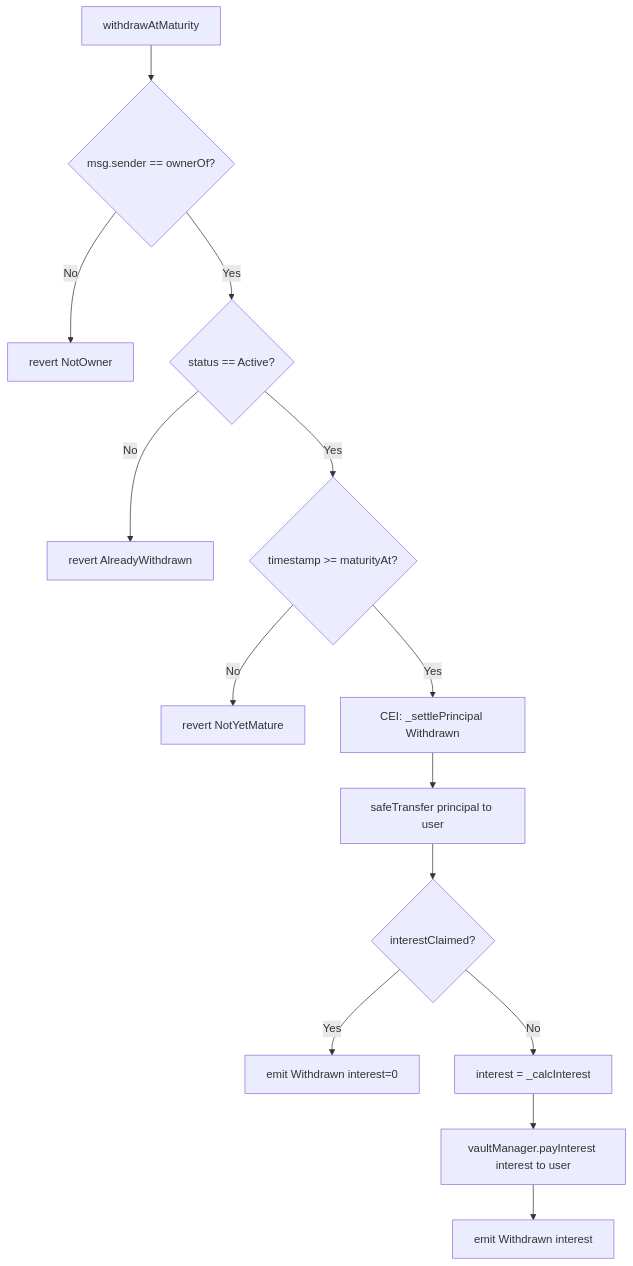
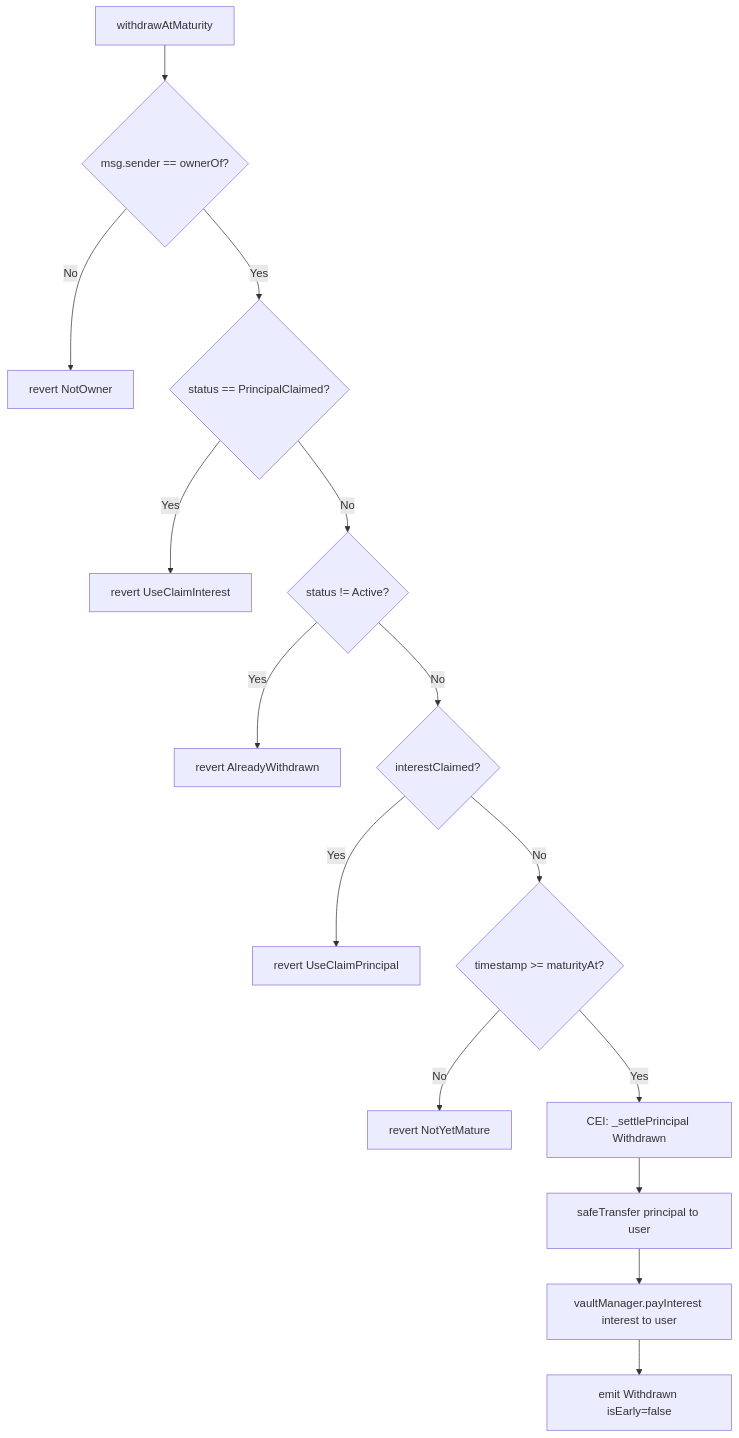
The second of 8 diagrams in docs/Reports/bugs/state-machine-status.md (yang-sin-pal/AC_BlockChain_Online_Saving), drawn with Mermaid before and after one commit. The commit also changed other lines of this file and 7 other files, not shown here.

````diff
--- a/docs/Reports/bugs/state-machine-status.md
+++ b/docs/Reports/bugs/state-machine-status.md
@@ -122,16 +128,17 @@
 ```mermaid
 flowchart TD
     A[withdrawAtMaturity] --> B{msg.sender == ownerOf?}
     B -- No --> R1[revert NotOwner]
-    B -- Yes --> C{status == Active?}
-    C -- No --> R2[revert AlreadyWithdrawn]
-    C -- Yes --> D{timestamp >= maturityAt?}
-    D -- No --> R3[revert NotYetMature]
-    D -- Yes --> E[CEI: _settlePrincipal Withdrawn]
-    E --> F[safeTransfer principal to user]
-    F --> G{interestClaimed?}
-    G -- Yes --> H[emit Withdrawn interest=0]
-    G -- No --> I[interest = _calcInterest]
-    I --> J[vaultManager.payInterest interest to user]
-    J --> K[emit Withdrawn interest]
+    B -- Yes --> C{status == PrincipalClaimed?}
+    C -- Yes --> R2[revert UseClaimInterest]
+    C -- No --> D{status != Active?}
+    D -- Yes --> R3[revert AlreadyWithdrawn]
+    D -- No --> E{interestClaimed?}
+    E -- Yes --> R4[revert UseClaimPrincipal]
+    E -- No --> F{timestamp >= maturityAt?}
+    F -- No --> R5[revert NotYetMature]
+    F -- Yes --> G[CEI: _settlePrincipal Withdrawn]
+    G --> H[safeTransfer principal to user]
+    H --> I[vaultManager.payInterest interest to user]
+    I --> J[emit Withdrawn isEarly=false]
 ```
````
